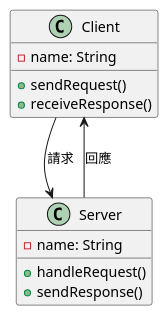
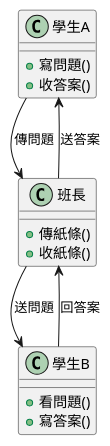
The first of 3 diagrams in doc/learning/architecture/rpc_tutorial.md (fine5351/info-sync), drawn with PlantUML before and after one commit. The commit also changed other lines of this file and 35 other files, not shown here.

````diff
--- a/doc/learning/architecture/rpc_tutorial.md
+++ b/doc/learning/architecture/rpc_tutorial.md
@@ -61,18 +29,23 @@
 ```plantuml
 @startuml
-class Client {
-    - name: String
-    + sendRequest()
-    + receiveResponse()
+class 學生A {
+    + 寫問題()
+    + 收答案()
 }
 
-class Server {
-    - name: String
-    + handleRequest()
-    + sendResponse()
+class 班長 {
+    + 傳紙條()
+    + 收紙條()
 }
 
-Client --> Server : 請求
-Server --> Client : 回應
+class 學生B {
+    + 看問題()
+    + 寫答案()
+}
+
+學生A --> 班長 : 傳問題
+班長 --> 學生B : 送問題
+學生B --> 班長 : 回答案
+班長 --> 學生A : 送答案
 @enduml
 ```
````
